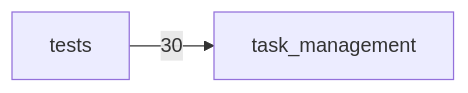
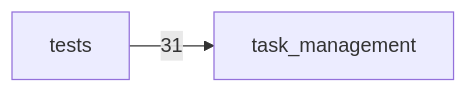
The diagram in docs/codeboarding/module-map.md (KOBIC-KBDS/task-management-clean-public), drawn with Mermaid before and after one commit. The commit also changed other lines of this file and 22 other files, not shown here.

````diff
--- a/docs/codeboarding/module-map.md
+++ b/docs/codeboarding/module-map.md
@@ -9,4 +9,4 @@
 ```mermaid
 flowchart LR
-  src_tests["tests"] -->|30| dst_task_management["task_management"]
+  src_tests["tests"] -->|31| dst_task_management["task_management"]
 ```
````
